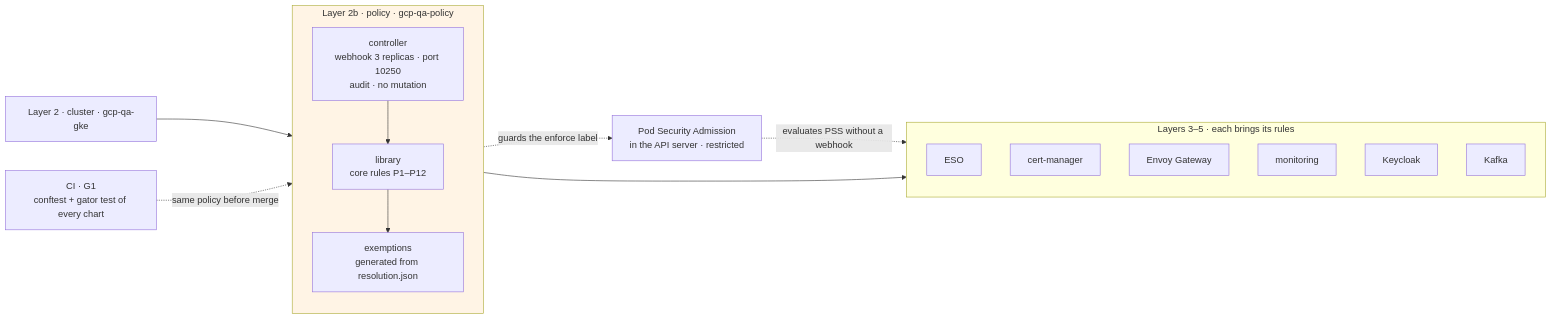
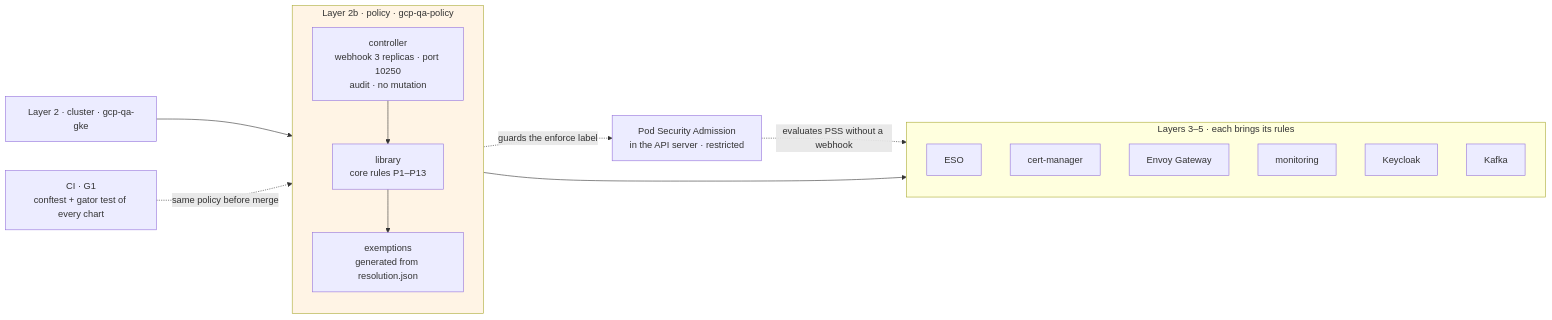
One commit to aescanero/proposal_documents changed the diagram in docs/en/proposals/gatekeeper-qa/diagrams/01-contexto.mmd. Above: the diagram before and after it, drawn with Mermaid. The commit also changed 23 other files, not shown here.

```diff
--- a/docs/en/proposals/gatekeeper-qa/diagrams/01-contexto.mmd
+++ b/docs/en/proposals/gatekeeper-qa/diagrams/01-contexto.mmd
@@ -1,28 +1,28 @@
 flowchart LR
     L2["Layer 2 · cluster · gcp-qa-gke"]
     subgraph L2B["Layer 2b · policy · gcp-qa-policy"]
         direction TB
         CTRL["controller<br/>webhook 3 replicas · port 10250<br/>audit · no mutation"]
-        LIB["library<br/>core rules P1–P12"]
+        LIB["library<br/>core rules P1–P13"]
         EXC["exemptions<br/>generated from resolution.json"]
     end
     PSA["Pod Security Admission<br/>in the API server · restricted"]
     subgraph L3["Layers 3–5 · each brings its rules"]
         direction TB
         ESO["ESO"]
         CM["cert-manager"]
         GW["Envoy Gateway"]
         MON["monitoring"]
         KC["Keycloak"]
         KF["Kafka"]
     end
     CI["CI · G1<br/>conftest + gator test of every chart"]
 
     L2 --> L2B
     L2B --> L3
     CTRL --> LIB --> EXC
     PSA -. "evaluates PSS without a webhook" .-> L3
     LIB -. "guards the enforce label" .-> PSA
     CI -. "same policy before merge" .-> L2B
 
     style L2B fill:#fff4e5
```
